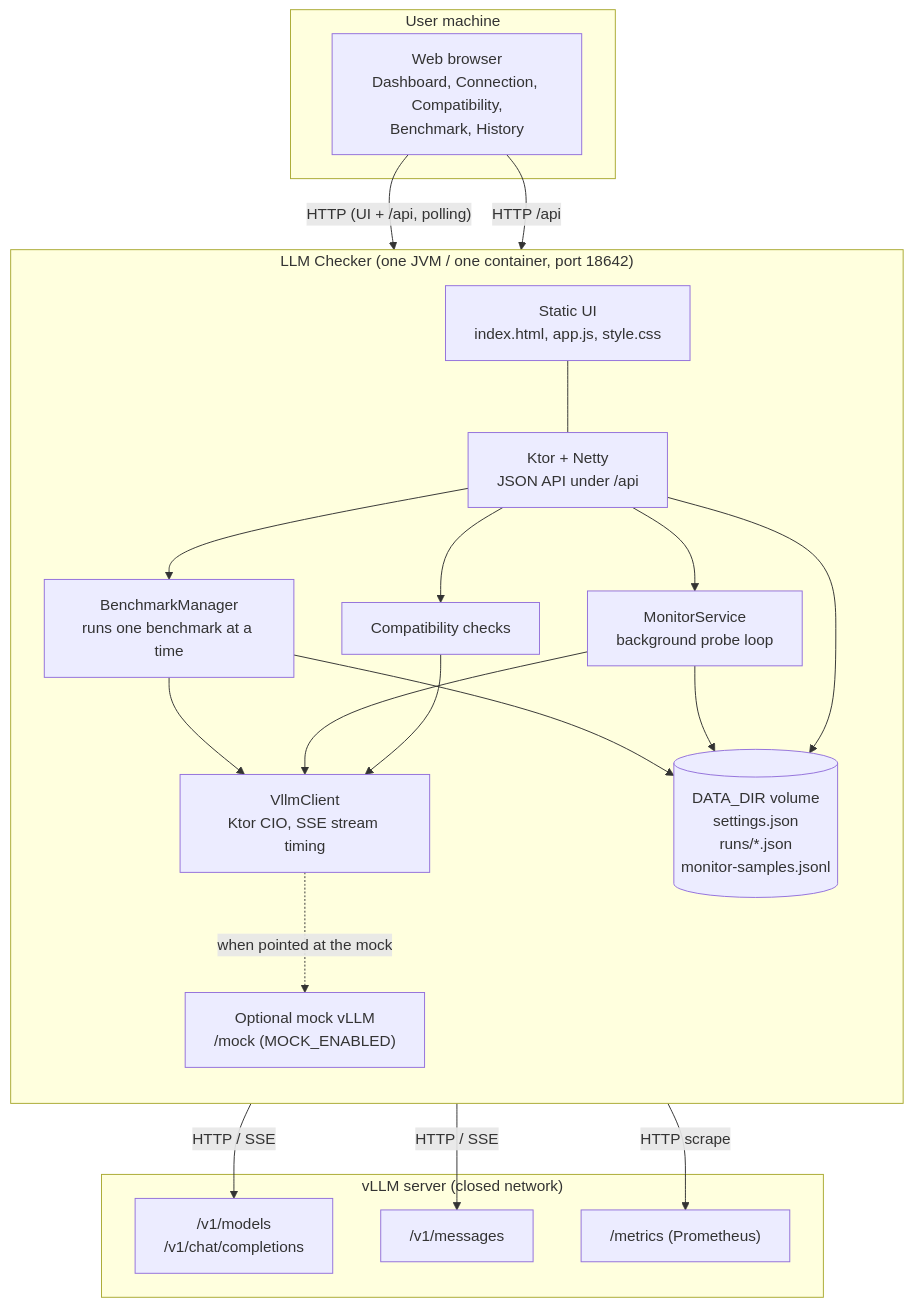
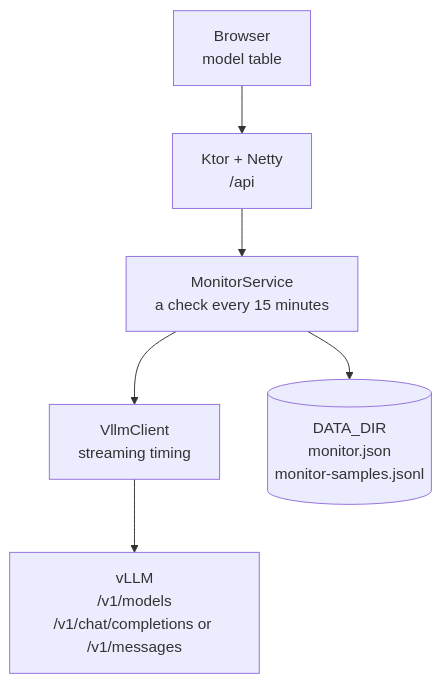
The diagram in docs/ARCHITECTURE.md (Hcankaynak/llm-checker), drawn with Mermaid before and after one commit. The commit also changed other lines of this file and 29 other files, not shown here.

Commit message:
Drop connection, compatibility, benchmark, and history; configure vLLM from the environment

````diff
--- a/docs/ARCHITECTURE.md
+++ b/docs/ARCHITECTURE.md
@@ -26,41 +5,15 @@
 ```mermaid
 flowchart TB
-    subgraph User["User machine"]
-        Browser["Web browser<br/>Dashboard, Connection, Compatibility,<br/>Benchmark, History"]
-    end
+    Browser["Browser<br/>model table"]
+    API["Ktor + Netty<br/>/api"]
+    Monitor["MonitorService<br/>a check every 15 minutes"]
+    Client["VllmClient<br/>streaming timing"]
+    Disk[("DATA_DIR<br/>monitor.json<br/>monitor-samples.jsonl")]
+    VLLM["vLLM<br/>/v1/models<br/>/v1/chat/completions or /v1/messages"]
 
-    subgraph Container["LLM Checker (one JVM / one container, port 18642)"]
-        direction TB
-        Static["Static UI<br/>index.html, app.js, style.css"]
-        API["Ktor + Netty<br/>JSON API under /api"]
-        Bench["BenchmarkManager<br/>runs one benchmark at a time"]
-        Monitor["MonitorService<br/>background probe loop"]
-        Checks["Compatibility checks"]
-        Client["VllmClient<br/>Ktor CIO, SSE stream timing"]
-        Mock["Optional mock vLLM<br/>/mock (MOCK_ENABLED)"]
-        Disk[("DATA_DIR volume<br/>settings.json<br/>runs/*.json<br/>monitor-samples.jsonl")]
-        Static --- API
-        API --> Bench
-        API --> Monitor
-        API --> Checks
-        Bench --> Client
-        Monitor --> Client
-        Checks --> Client
-        Bench --> Disk
-        Monitor --> Disk
-        API --> Disk
-    end
-
-    subgraph VLLM["vLLM server (closed network)"]
-        OpenAI["/v1/models<br/>/v1/chat/completions"]
-        Anthropic["/v1/messages"]
-        Metrics["/metrics (Prometheus)"]
-    end
-
-    Browser -- "HTTP (UI + /api, polling)" --> Static
-    Browser -- "HTTP /api" --> API
-    Client -- "HTTP / SSE" --> OpenAI
-    Client -- "HTTP / SSE" --> Anthropic
-    Client -- "HTTP scrape" --> Metrics
-    Client -. "when pointed at the mock" .-> Mock
+    Browser --> API
+    API --> Monitor
+    Monitor --> Client
+    Monitor --> Disk
+    Client --> VLLM
 ```
````
